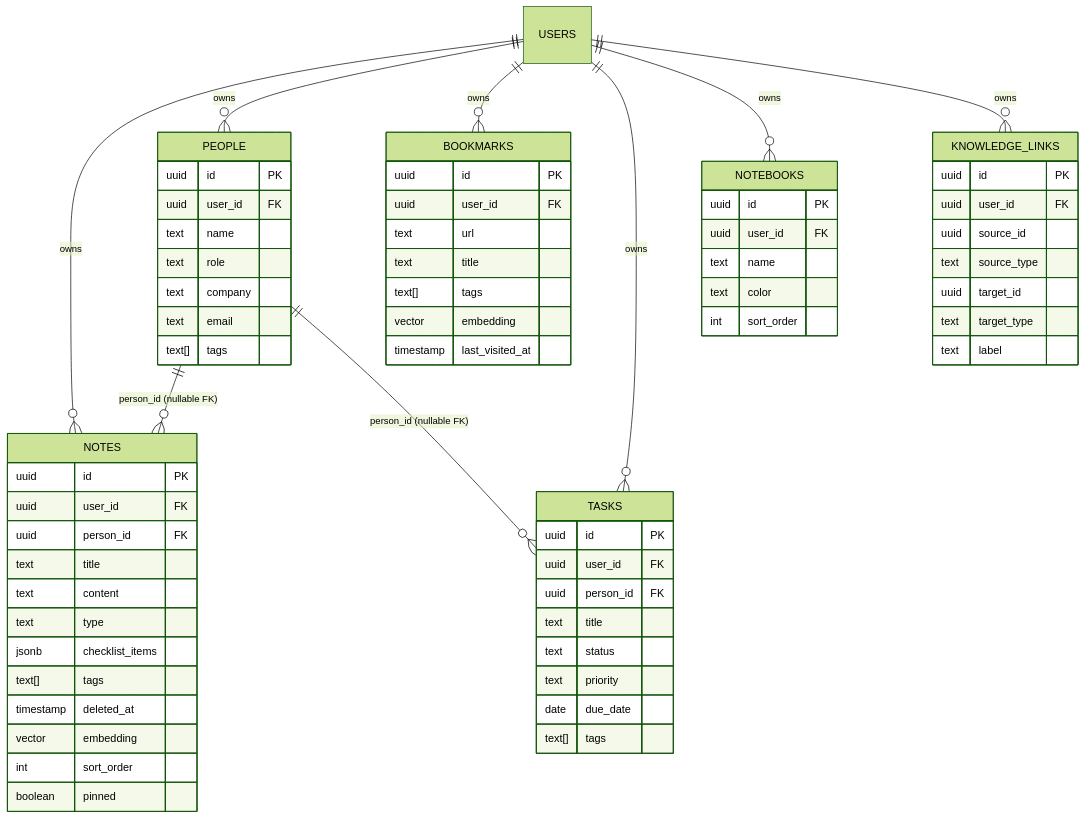
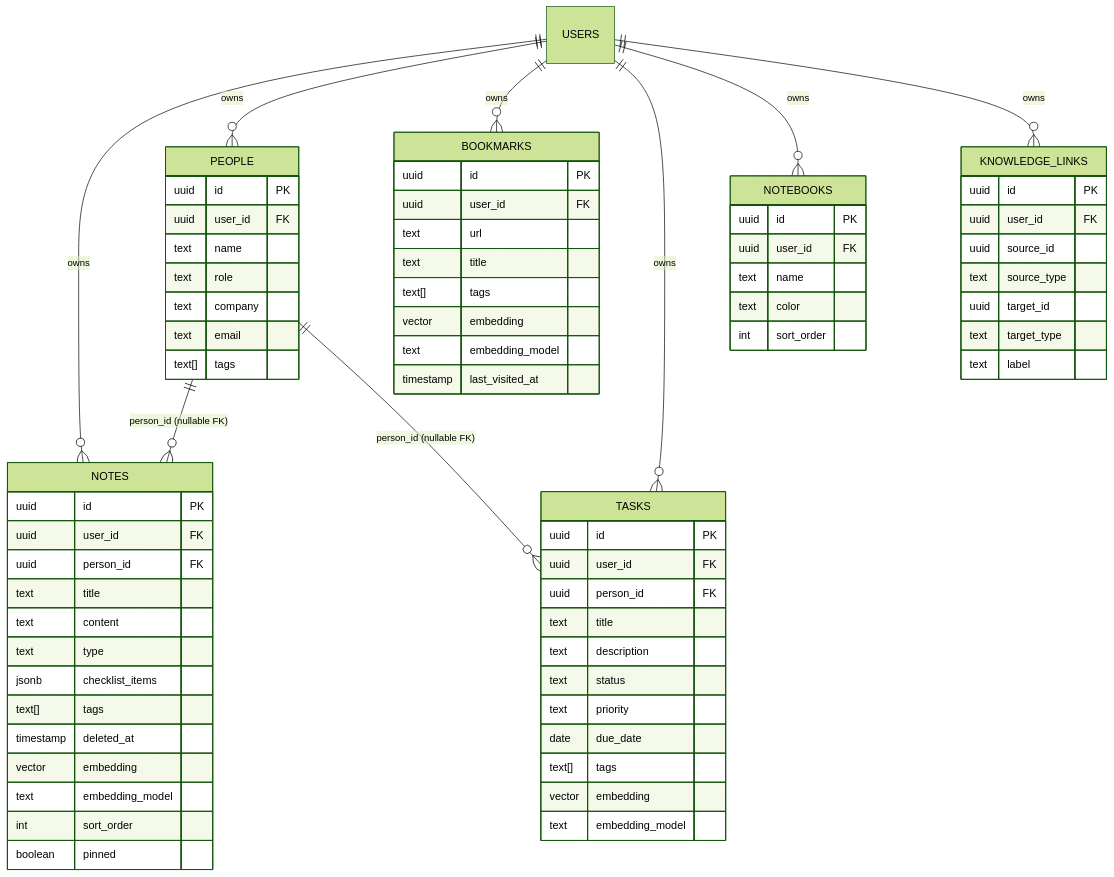
The second of 9 diagrams in docs/ARCHITECTURE.md (dotstell/dotstell), drawn with Mermaid (forest theme) before and after one commit. The commit also changed other lines of this file and 7 other files, not shown here.

````diff
--- a/docs/ARCHITECTURE.md
+++ b/docs/ARCHITECTURE.md
@@ -206,70 +206,75 @@
 ```mermaid
 erDiagram
     USERS ||--o{ NOTES : "owns"
     USERS ||--o{ PEOPLE : "owns"
     USERS ||--o{ BOOKMARKS : "owns"
     USERS ||--o{ TASKS : "owns"
     USERS ||--o{ NOTEBOOKS : "owns"
     USERS ||--o{ KNOWLEDGE_LINKS : "owns"
     PEOPLE ||--o{ NOTES : "person_id (nullable FK)"
     PEOPLE ||--o{ TASKS : "person_id (nullable FK)"
 
     NOTES {
         uuid id PK
         uuid user_id FK
         uuid person_id FK
         text title
         text content
         text type
         jsonb checklist_items
         text[] tags
         timestamp deleted_at
         vector embedding
+        text embedding_model
         int sort_order
         boolean pinned
     }
     PEOPLE {
         uuid id PK
         uuid user_id FK
         text name
         text role
         text company
         text email
         text[] tags
     }
     BOOKMARKS {
         uuid id PK
         uuid user_id FK
         text url
         text title
         text[] tags
         vector embedding
+        text embedding_model
         timestamp last_visited_at
     }
     TASKS {
         uuid id PK
         uuid user_id FK
         uuid person_id FK
         text title
+        text description
         text status
         text priority
         date due_date
         text[] tags
+        vector embedding
+        text embedding_model
     }
     NOTEBOOKS {
         uuid id PK
         uuid user_id FK
         text name
         text color
         int sort_order
     }
     KNOWLEDGE_LINKS {
         uuid id PK
         uuid user_id FK
         uuid source_id
         text source_type
         uuid target_id
         text target_type
         text label
     }
 ```
````
